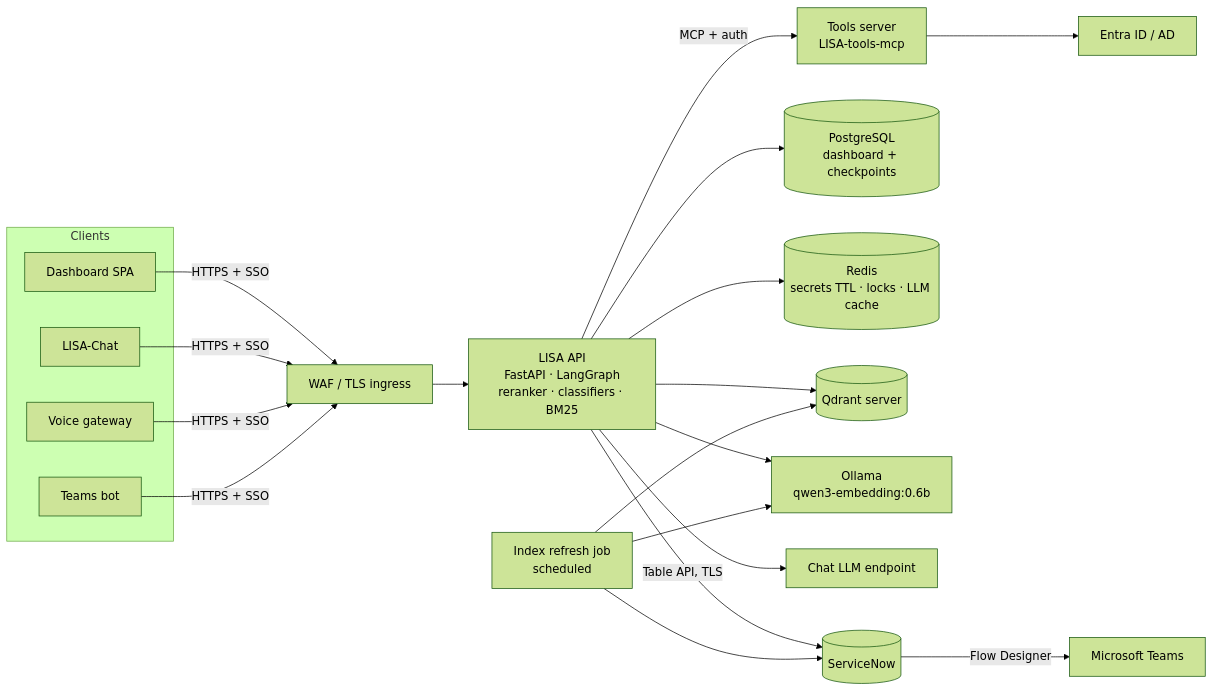
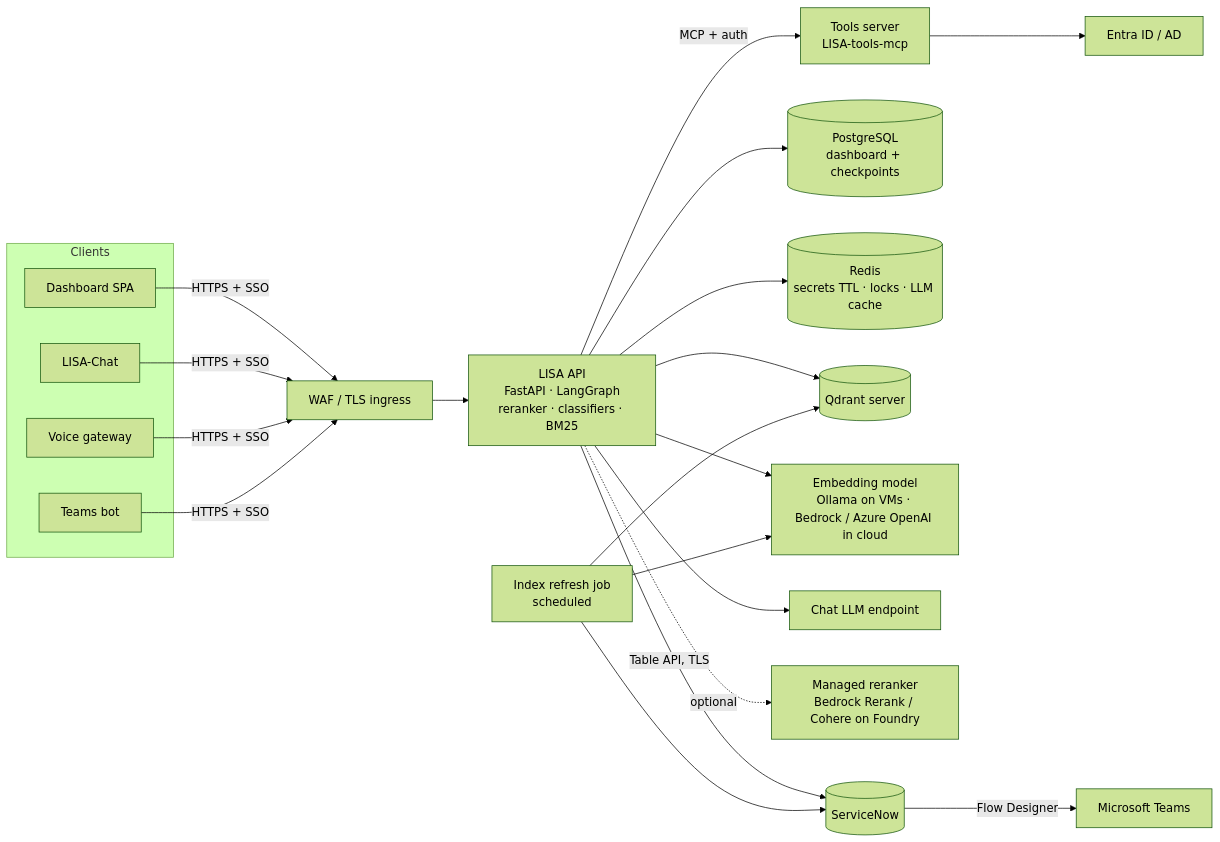
Before and after one commit to pmpmario/Internalproject: the diagram in docs/LISA-Backend-hosting-techstack.md, drawn with Mermaid (forest theme). The commit also changed other lines of this file, not shown here.

First line of the commit message:
Add embedding, reranker and LLM alternatives; keep Ollama to local VMs only

````diff
--- a/docs/LISA-Backend-hosting-techstack.md
+++ b/docs/LISA-Backend-hosting-techstack.md
@@ -74,25 +74,26 @@
 ```mermaid
 flowchart LR
   subgraph Clients
     UI[Dashboard SPA]
     CHAT[LISA-Chat]
     VOICE[Voice gateway]
     TEAMSBOT[Teams bot]
   end
   SN[(ServiceNow)]
   IDP[Entra ID / AD]
   UI & CHAT & VOICE & TEAMSBOT -->|HTTPS + SSO| WAF[WAF / TLS ingress]
   WAF --> API[LISA API<br/>FastAPI · LangGraph<br/>reranker · classifiers · BM25]
   API --> PG[(PostgreSQL<br/>dashboard + checkpoints)]
   API --> REDIS[(Redis<br/>secrets TTL · locks · LLM cache)]
   API --> QD[(Qdrant server)]
-  API --> EMB[Ollama<br/>qwen3-embedding:0.6b]
+  API --> EMB[Embedding model<br/>Ollama on VMs · Bedrock / Azure OpenAI in cloud]
   API --> LLM[Chat LLM endpoint]
+  API -.optional.-> RR[Managed reranker<br/>Bedrock Rerank / Cohere on Foundry]
   API -->|MCP + auth| TOOLS[Tools server<br/>LISA-tools-mcp]
   TOOLS --> IDP
   API -->|Table API, TLS| SN
   SN -->|Flow Designer| TEAMS[Microsoft Teams]
   JOB[Index refresh job<br/>scheduled] --> SN
   JOB --> EMB
   JOB --> QD
 ```
````
